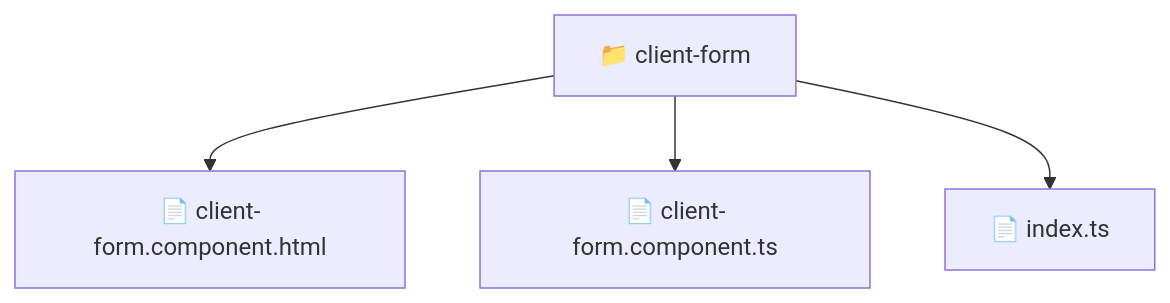
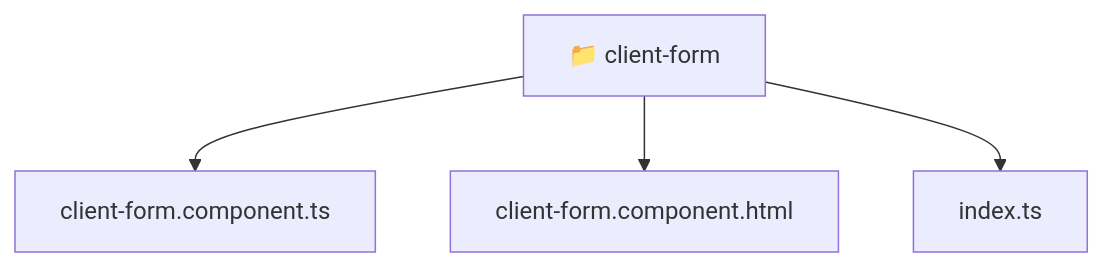
Before and after one commit to beginwebdev2002/fullstack-mavluda: the diagram in frontend/src/features/client-form/README.md, drawn with Mermaid. The commit also changed other lines of this file and 167 other files, not shown here.

````diff
--- a/frontend/src/features/client-form/README.md
+++ b/frontend/src/features/client-form/README.md
@@ -11,7 +11,10 @@
 ```mermaid
 graph TD
-  Root["📁 client-form"]
-  Root --> client_form_component_html["📄 client-form.component.html"]
-  Root --> client_form_component_ts["📄 client-form.component.ts"]
-  Root --> index_ts["📄 index.ts"]
+  Root_client_form["📁 client-form"]
+  f_client_form_component_ts["client-form.component.ts"]
+  Root_client_form --> f_client_form_component_ts
+  f_client_form_component_html["client-form.component.html"]
+  Root_client_form --> f_client_form_component_html
+  f_index_ts["index.ts"]
+  Root_client_form --> f_index_ts
 ```
````
